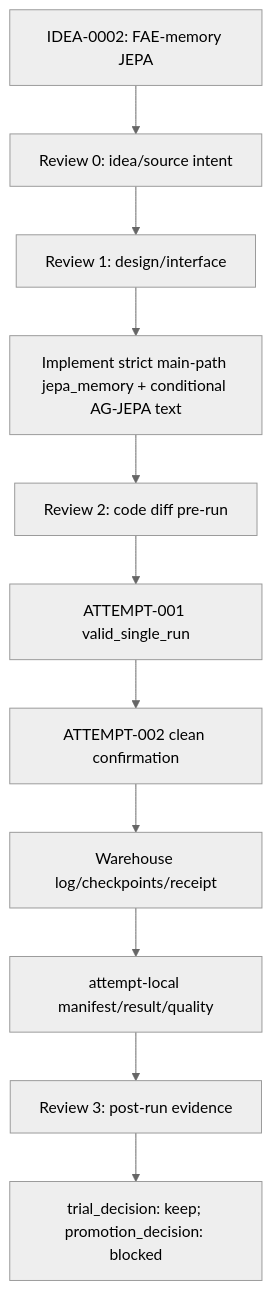
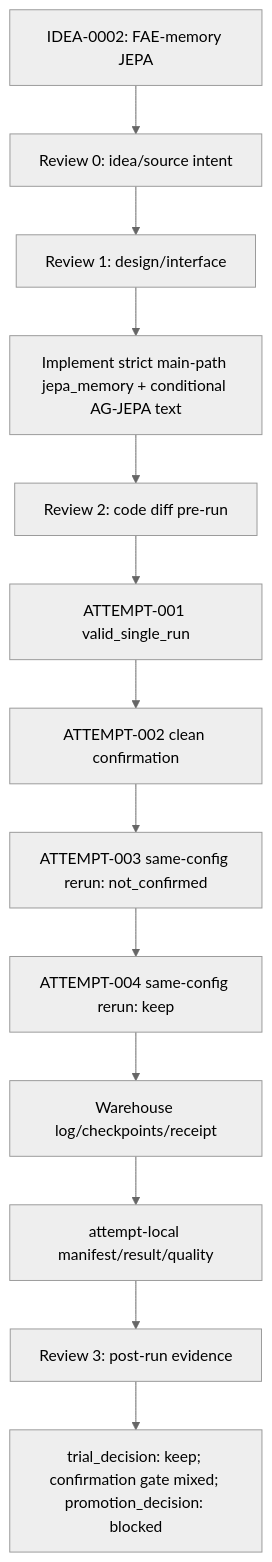
The diagram in experiments/module_trials/IDEA-0002_fae_memory_jepa/TRIAL-002_strict_conditional_jepa/README.md (GetlotMoney/GTPJ), drawn with Mermaid (neutral theme) before and after one commit. The commit also changed other lines of this file and 13 other files, not shown here.

Commit message:
exp: record trial 002 attempt 004 rerun

````diff
--- a/experiments/module_trials/IDEA-0002_fae_memory_jepa/TRIAL-002_strict_conditional_jepa/README.md
+++ b/experiments/module_trials/IDEA-0002_fae_memory_jepa/TRIAL-002_strict_conditional_jepa/README.md
@@ -68,13 +80,15 @@
 ```mermaid
 flowchart TD
   Idea["IDEA-0002: FAE-memory JEPA"] --> R0["Review 0: idea/source intent"]
   R0 --> R1["Review 1: design/interface"]
   R1 --> Impl["Implement strict main-path jepa_memory + conditional AG-JEPA text"]
   Impl --> R2["Review 2: code diff pre-run"]
   R2 --> A1["ATTEMPT-001 valid_single_run"]
   A1 --> A2["ATTEMPT-002 clean confirmation"]
-  A2 --> Warehouse["Warehouse log/checkpoints/receipt"]
+  A2 --> A3["ATTEMPT-003 same-config rerun: not_confirmed"]
+  A3 --> A4["ATTEMPT-004 same-config rerun: keep"]
+  A4 --> Warehouse["Warehouse log/checkpoints/receipt"]
   Warehouse --> Attempt["attempt-local manifest/result/quality"]
   Attempt --> R3["Review 3: post-run evidence"]
-  R3 --> Decision["trial_decision: keep; promotion_decision: blocked"]
+  R3 --> Decision["trial_decision: keep; confirmation gate mixed; promotion_decision: blocked"]
 ```
````
